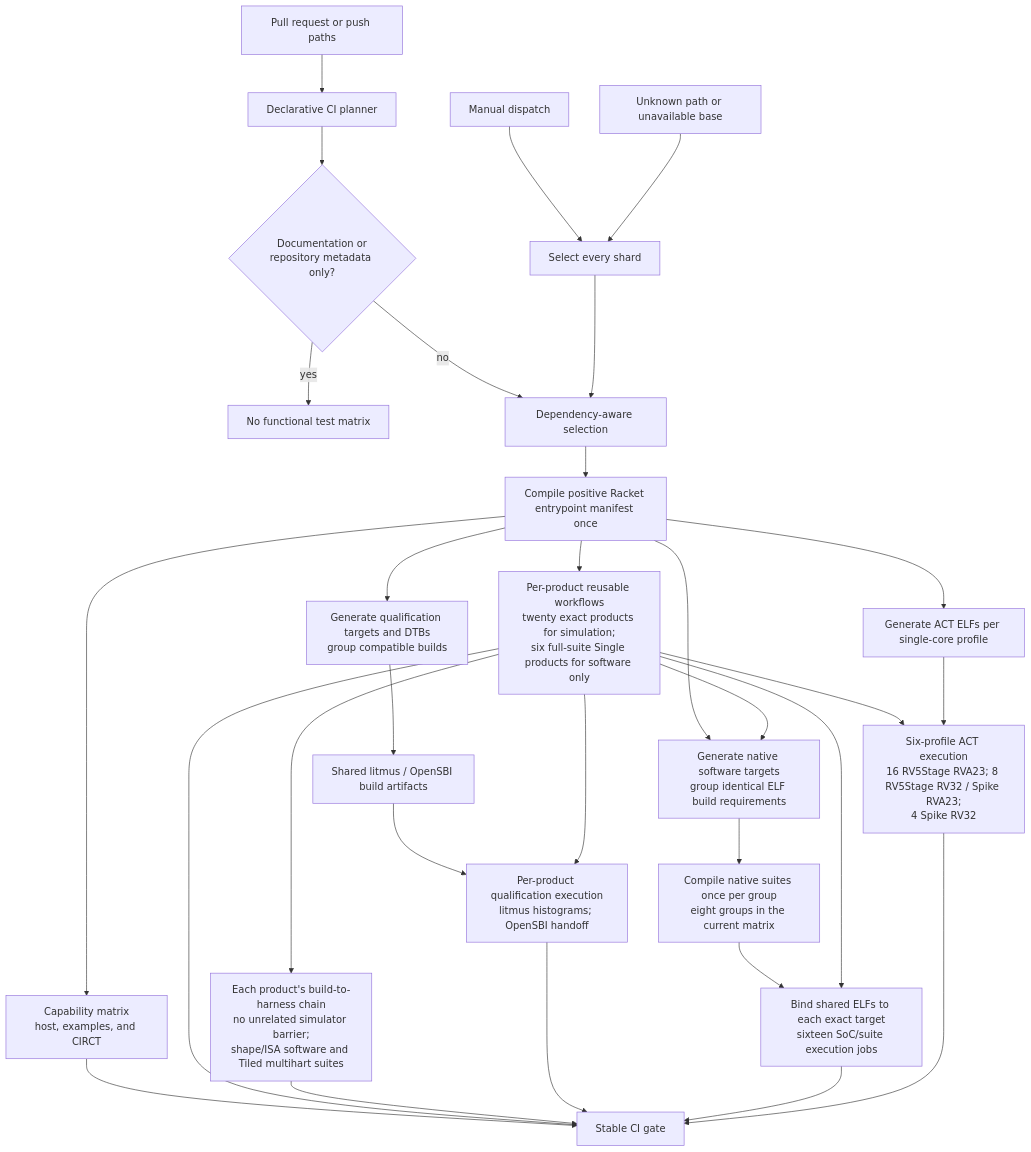
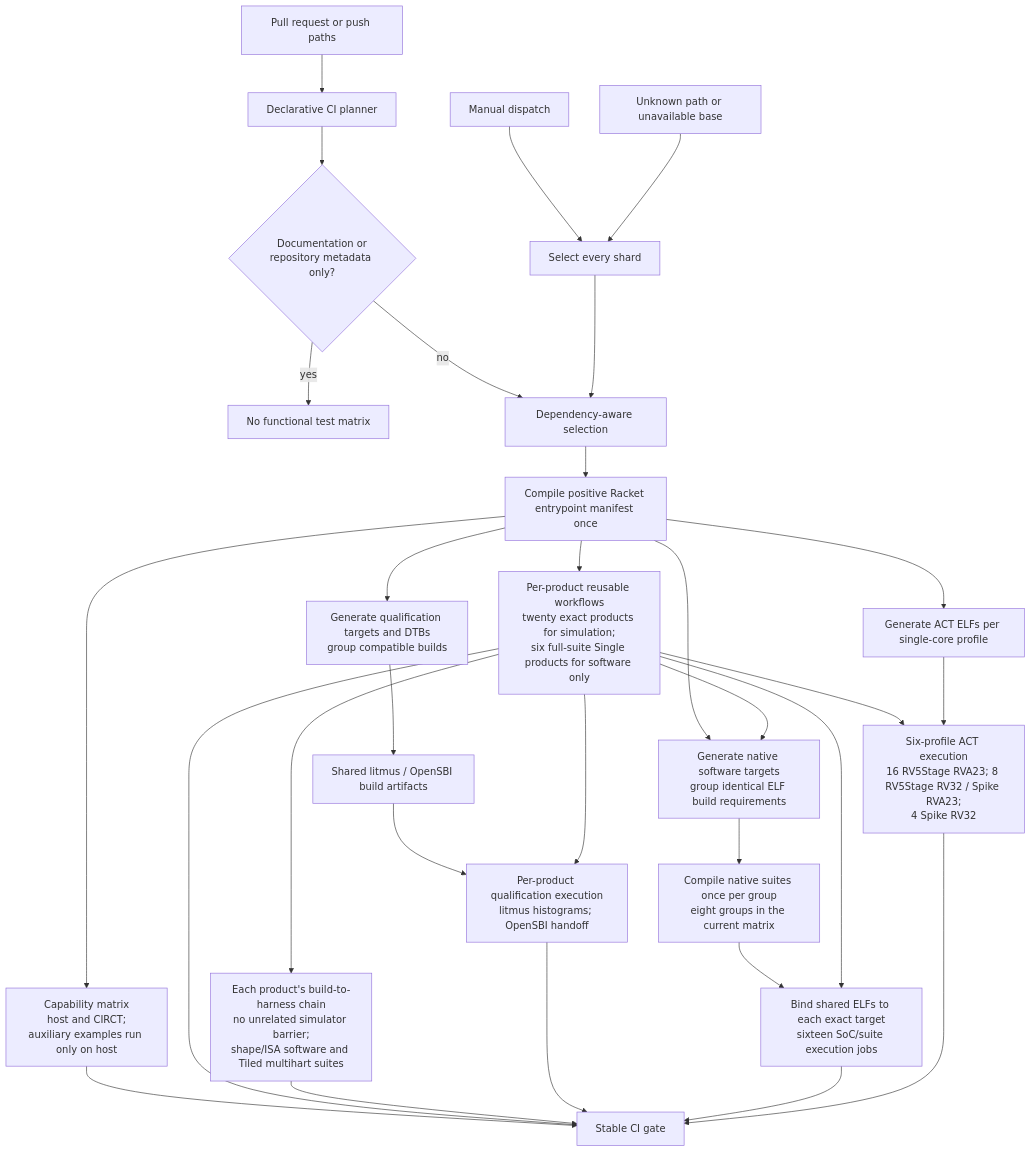
One commit to jerryz123/rhodium changed the diagram in tools/testing/DEVELOPING.md. Above: the diagram before and after it, drawn with Mermaid. The commit also changed other lines of this file and 19 other files, not shown here.

````diff
--- a/tools/testing/DEVELOPING.md
+++ b/tools/testing/DEVELOPING.md
@@ -119,32 +122,32 @@
 ```mermaid
 flowchart TD
     Changes["Pull request or push paths"] --> Classifier["Declarative CI planner"]
     Manual["Manual dispatch"] --> All["Select every shard"]
     Unknown["Unknown path or unavailable base"] --> All
     Classifier --> Docs{"Documentation or<br/>repository metadata only?"}
     Docs -->|yes| None["No functional test matrix"]
     Docs -->|no| Selected["Dependency-aware selection"]
     All --> Selected
     Selected --> Compile["Compile positive Racket entrypoint manifest once"]
-    Compile --> Checks["Capability matrix<br/>host, examples, and CIRCT"]
+    Compile --> Checks["Capability matrix<br/>host and CIRCT;<br/>auxiliary examples run only on host"]
     Compile --> Simulators["Per-product reusable workflows<br/>twenty exact products for simulation;<br/>six full-suite Single products for software only"]
     Simulators --> Simulation["Each product's build-to-harness chain<br/>no unrelated simulator barrier;<br/>shape/ISA software and Tiled multihart suites"]
     Compile --> QualificationTargets["Generate qualification targets and DTBs<br/>group compatible builds"]
     QualificationTargets --> QualificationBuilds["Shared litmus / OpenSBI build artifacts"]
     QualificationBuilds --> Qualification["Per-product qualification execution<br/>litmus histograms; OpenSBI handoff"]
     Simulators --> Qualification
     Compile --> ProgramTargets["Generate native software targets<br/>group identical ELF build requirements"]
     Simulators --> ProgramTargets
     ProgramTargets --> ProgramBuilds["Compile native suites once per group<br/>eight groups in the current matrix"]
     ProgramBuilds --> Programs["Bind shared ELFs to each exact target<br/>sixteen SoC/suite execution jobs"]
     Simulators --> Programs
     Compile --> ActBuild["Generate ACT ELFs per single-core profile"]
     Simulators --> ActRun["Six-profile ACT execution<br/>16 RV5Stage RVA23; 8 RV5Stage RV32 / Spike RVA23;<br/>4 Spike RV32"]
     ActBuild --> ActRun
     Checks --> Gate["Stable CI gate"]
     Simulators --> Gate
     Simulation --> Gate
     Qualification --> Gate
     Programs --> Gate
     ActRun --> Gate
 ```
````
